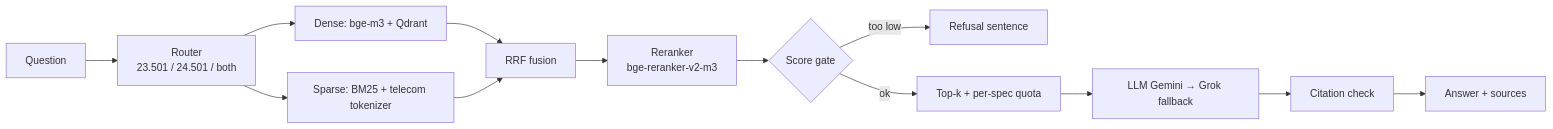
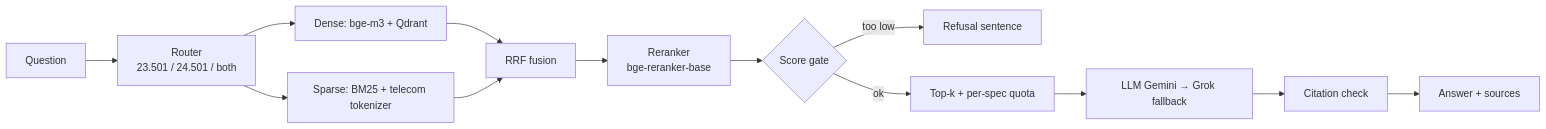
One commit to ilyesbj3/rag-3gpp changed the diagram in README.md. Above: the diagram before and after it, drawn with Mermaid. The commit also changed other lines of this file and 1 other file, not shown here.

Commit message:
docs: README and architecture for Groq fallback, bge-reranker-base default and router v2

````diff
--- a/README.md
+++ b/README.md
@@ -17,15 +17,15 @@
 ```mermaid
 flowchart LR
     Q[Question] --> R[Router<br/>23.501 / 24.501 / both]
     R --> D[Dense: bge-m3 + Qdrant]
     R --> S[Sparse: BM25 + telecom tokenizer]
     D --> F[RRF fusion]
     S --> F
-    F --> X[Reranker<br/>bge-reranker-v2-m3]
+    F --> X[Reranker<br/>bge-reranker-base]
     X --> G{Score gate}
     G -- too low --> N[Refusal sentence]
     G -- ok --> K[Top-k + per-spec quota]
     K --> L[LLM Gemini → Grok fallback]
     L --> C[Citation check]
     C --> A[Answer + sources]
 ```
````
